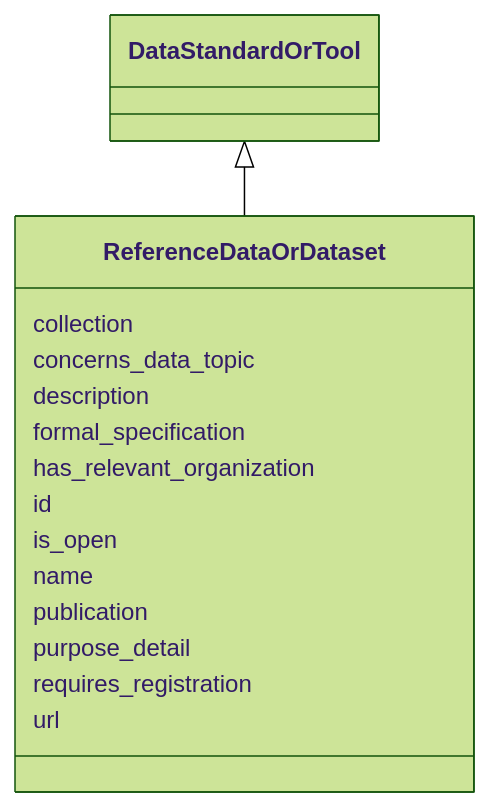
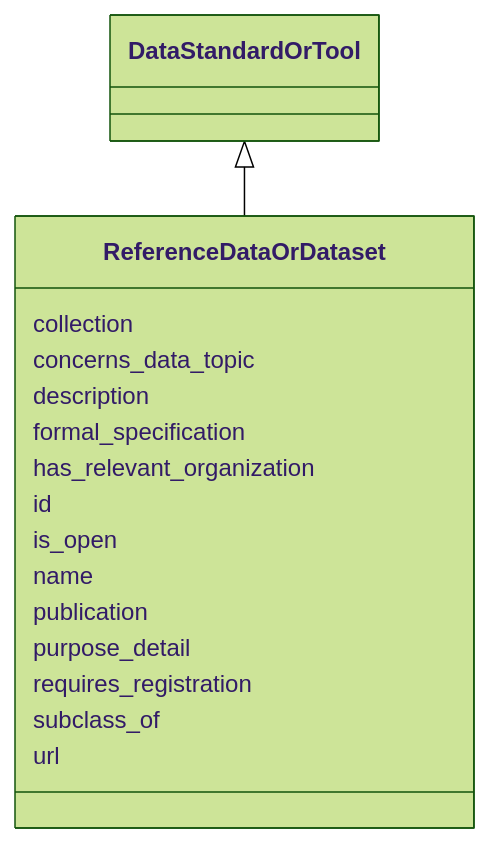
Before and after one commit to bridge2ai/standards-schemas: the diagram in docs/ReferenceDataOrDataset.md, drawn with Mermaid (forest theme). The commit also changed other lines of this file and 57 other files, not shown here.

````diff
--- a/docs/ReferenceDataOrDataset.md
+++ b/docs/ReferenceDataOrDataset.md
@@ -10,19 +11,20 @@
 ```mermaid
  classDiagram
     class ReferenceDataOrDataset
       DataStandardOrTool <|-- ReferenceDataOrDataset
       
       ReferenceDataOrDataset : collection
       ReferenceDataOrDataset : concerns_data_topic
       ReferenceDataOrDataset : description
       ReferenceDataOrDataset : formal_specification
       ReferenceDataOrDataset : has_relevant_organization
       ReferenceDataOrDataset : id
       ReferenceDataOrDataset : is_open
       ReferenceDataOrDataset : name
       ReferenceDataOrDataset : publication
       ReferenceDataOrDataset : purpose_detail
       ReferenceDataOrDataset : requires_registration
+      ReferenceDataOrDataset : subclass_of
       ReferenceDataOrDataset : url
       
 ```
````
